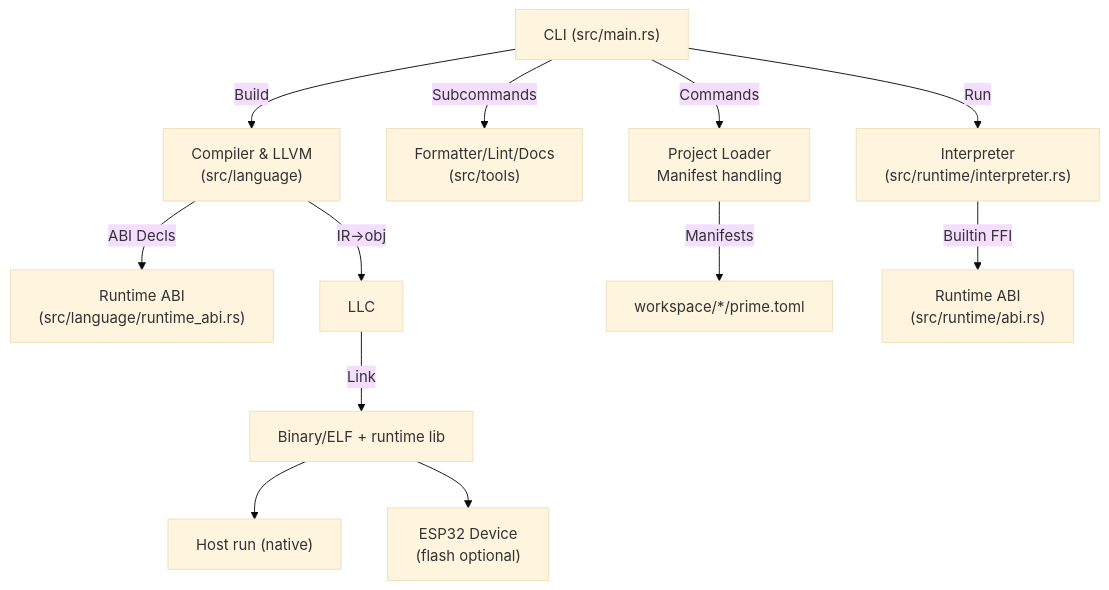
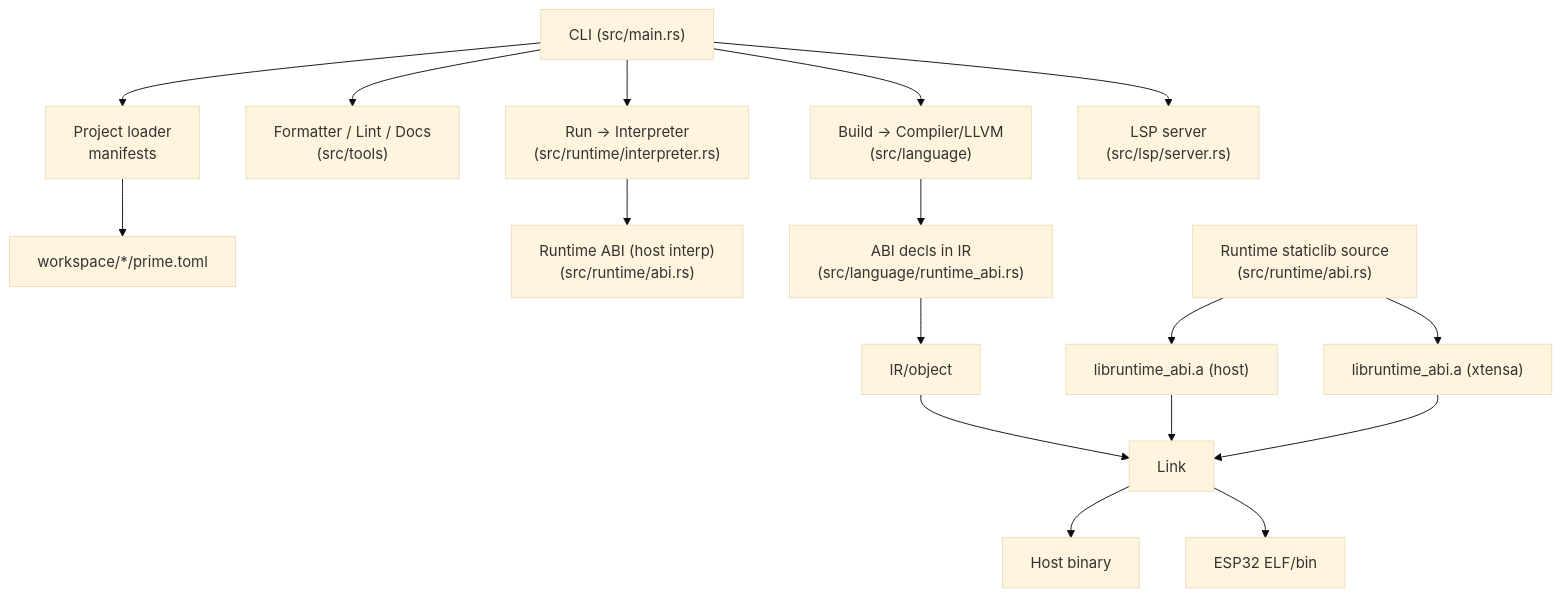
One commit to ASoldo/prime-lang changed the first of 5 diagrams in docs/Architecture.md. Above: the diagram before and after it, drawn with Mermaid (base theme).

````diff
--- a/docs/Architecture.md
+++ b/docs/Architecture.md
@@ -7,14 +7,23 @@
 ```mermaid
 graph TD
-  A["CLI (src/main.rs)"] -->|Commands| B["Project Loader<br/>Manifest handling"]
-  A -->|Subcommands| C["Formatter/Lint/Docs<br/>(src/tools)"]
-  A -->|Run| D["Interpreter<br/>(src/runtime/interpreter.rs)"]
-  A -->|Build| E["Compiler & LLVM<br/>(src/language)"]
-  E -->|ABI Decls| F["Runtime ABI<br/>(src/language/runtime_abi.rs)"]
-  E -->|IR-&gt;obj| G["LLC"]
-  G -->|Link| H["Binary/ELF + runtime lib"]
-  H --> J["Host run (native)"]
-  H --> I["ESP32 Device<br/>(flash optional)"]
-  B -->|Manifests| W["workspace/*/prime.toml"]
-  D -->|Builtin FFI| K["Runtime ABI<br/>(src/runtime/abi.rs)"]
+  A["CLI (src/main.rs)"] --> PL["Project loader<br/>manifests"]
+  A --> TOOLS["Formatter / Lint / Docs<br/>(src/tools)"]
+  A --> RUN["Run -> Interpreter<br/>(src/runtime/interpreter.rs)"]
+  A --> BUILD["Build -> Compiler/LLVM<br/>(src/language)"]
+  A --> LSP["LSP server<br/>(src/lsp/server.rs)"]
+
+  PL --> MAN["workspace/*/prime.toml"]
+
+  RUN --> RT_HOST["Runtime ABI (host interp)<br/>(src/runtime/abi.rs)"]
+
+  BUILD --> ABI_DECL["ABI decls in IR<br/>(src/language/runtime_abi.rs)"]
+  ABI_DECL --> IR["IR/object"]
+  ABI_SRC["Runtime staticlib source<br/>(src/runtime/abi.rs)"] --> RT_HOST_LIB["libruntime_abi.a (host)"]
+  ABI_SRC --> RT_ESP_LIB["libruntime_abi.a (xtensa)"]
+
+  IR --> LINK["Link"]
+  RT_HOST_LIB --> LINK
+  RT_ESP_LIB --> LINK
+  LINK --> BIN_HOST["Host binary"]
+  LINK --> BIN_ESP["ESP32 ELF/bin"]
 ```
````
